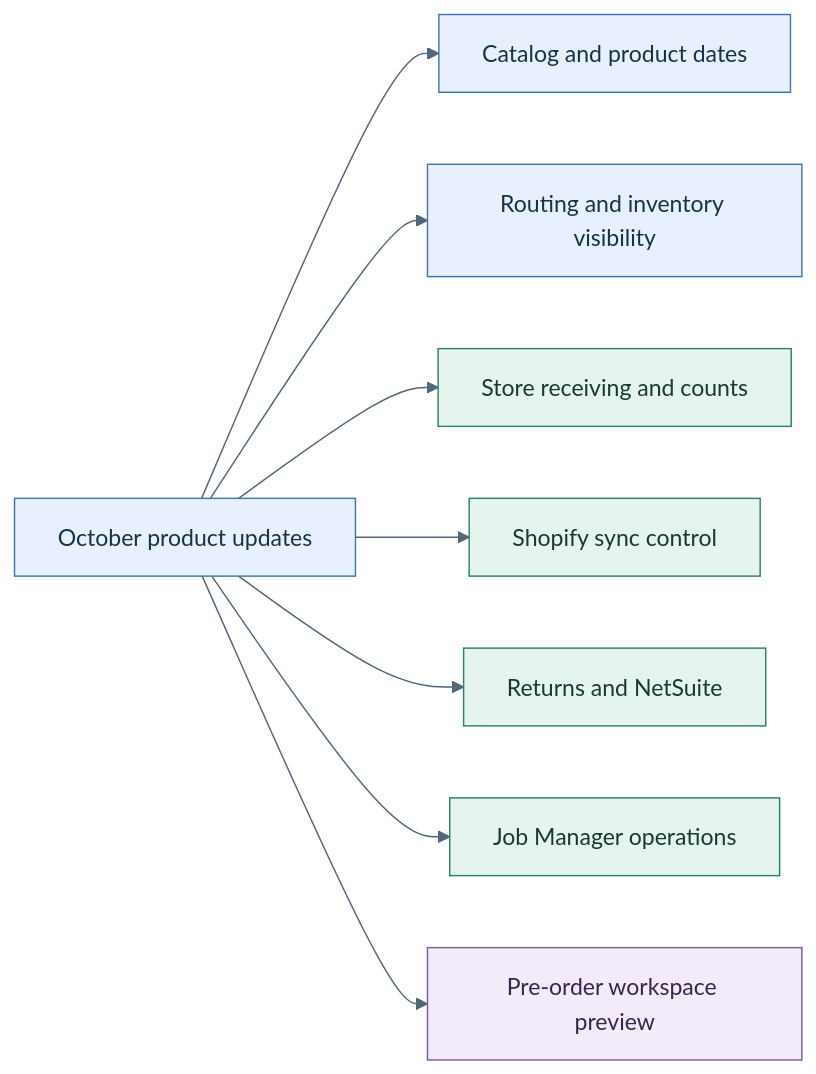
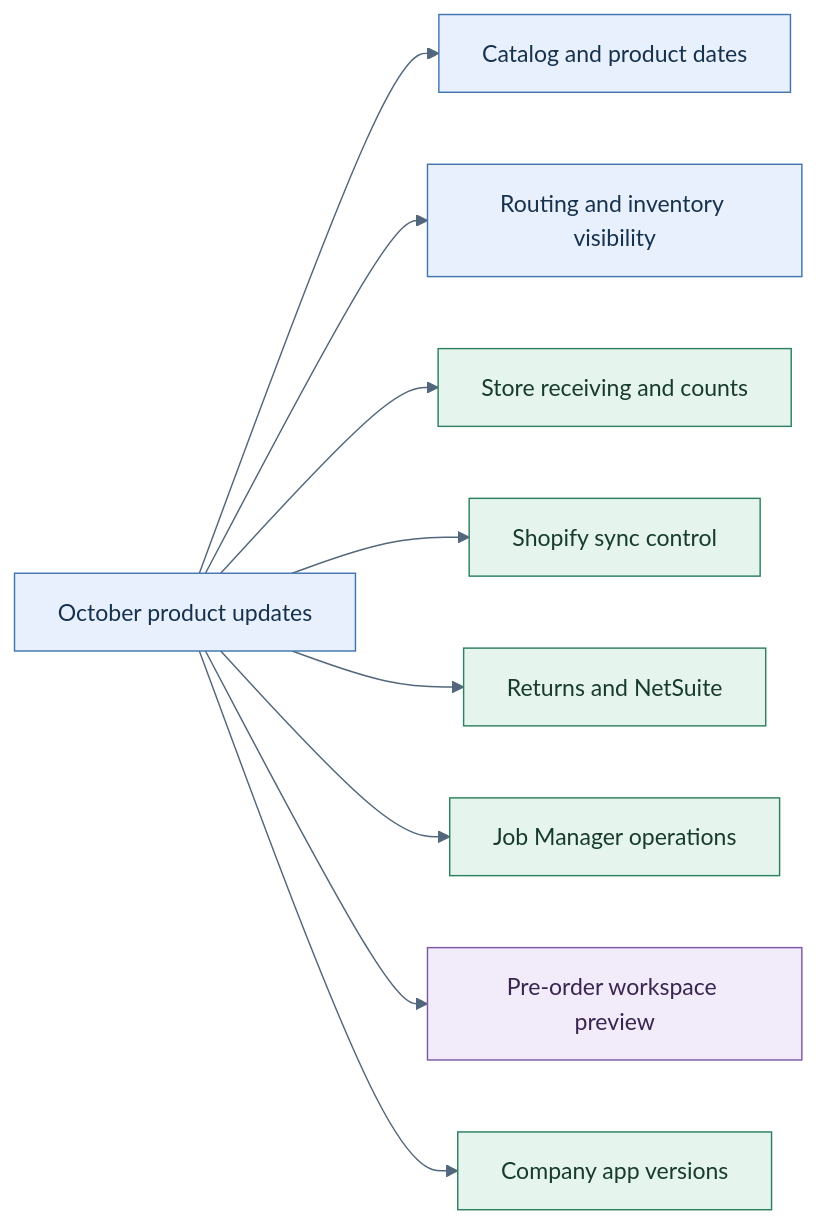
Before and after one commit to hotwax/oms-documentation: the diagram in drafts/2026-10/README.md, drawn with Mermaid. The commit also changed other lines of this file and 6 other files, not shown here.

Commit message:
docs: add Company app version controls to October updates

````diff
--- a/drafts/2026-10/README.md
+++ b/drafts/2026-10/README.md
@@ -7,17 +7,18 @@
 ```mermaid
 %%{init: {"theme": "base", "themeVariables": {"primaryColor": "#E8F0FE", "primaryTextColor": "#17324D", "primaryBorderColor": "#4275AF", "lineColor": "#52677B", "secondaryColor": "#E5F4ED", "tertiaryColor": "#FFF4DC", "fontFamily": "Arial", "fontSize": "16px"}, "flowchart": {"curve": "basis", "htmlLabels": false}}}%%
 flowchart LR
   A[October product updates] --> B[Catalog and product dates]
   A --> C[Routing and inventory visibility]
   A --> D[Store receiving and counts]
   A --> E[Shopify sync control]
   A --> F[Returns and NetSuite]
   A --> G[Job Manager operations]
   A --> H[Pre-order workspace preview]
+  A --> I[Company app versions]
   classDef catalog fill:#E8F0FE,stroke:#4275AF,color:#17324D;
   classDef operations fill:#E5F4ED,stroke:#2D8060,color:#173B2C;
   classDef preview fill:#F1EBFA,stroke:#7C5AA7,color:#392650;
   class B,C catalog;
-  class D,E,F,G operations;
+  class D,E,F,G,I operations;
   class H preview;
 ```
````
